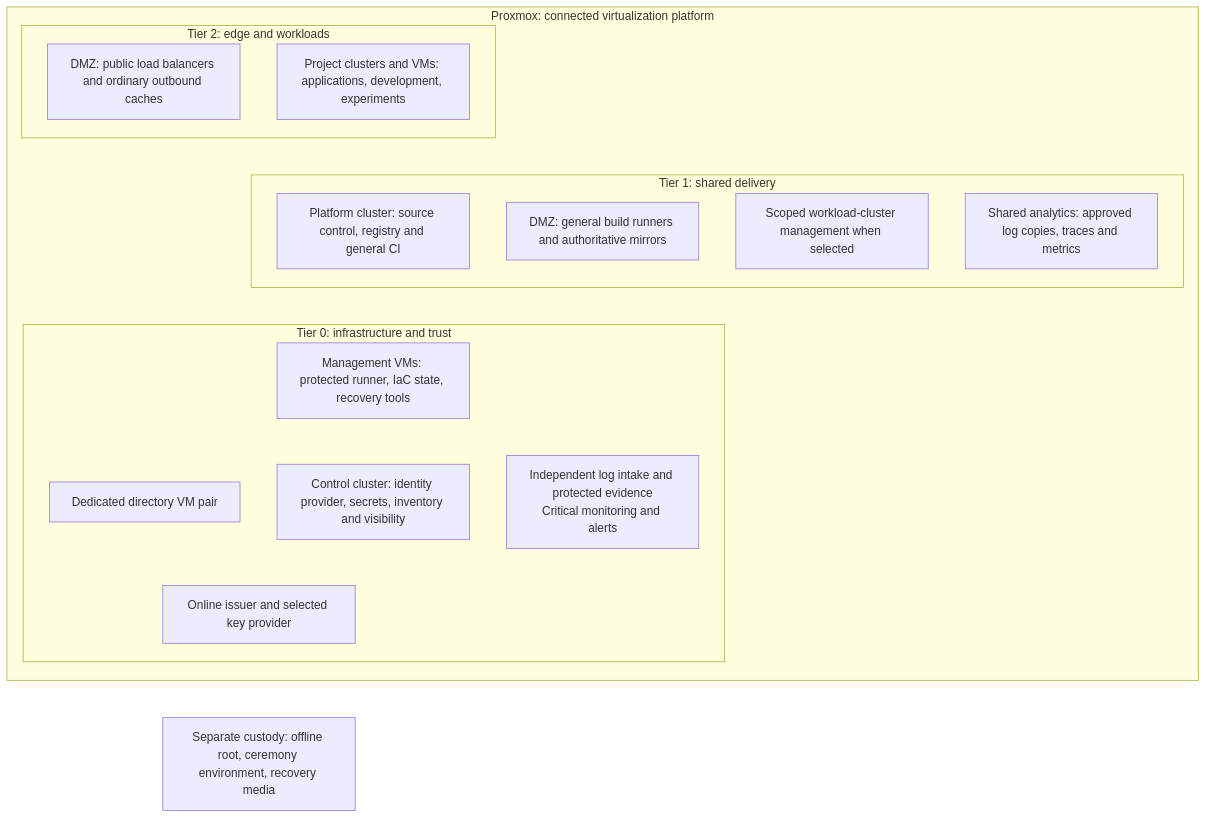
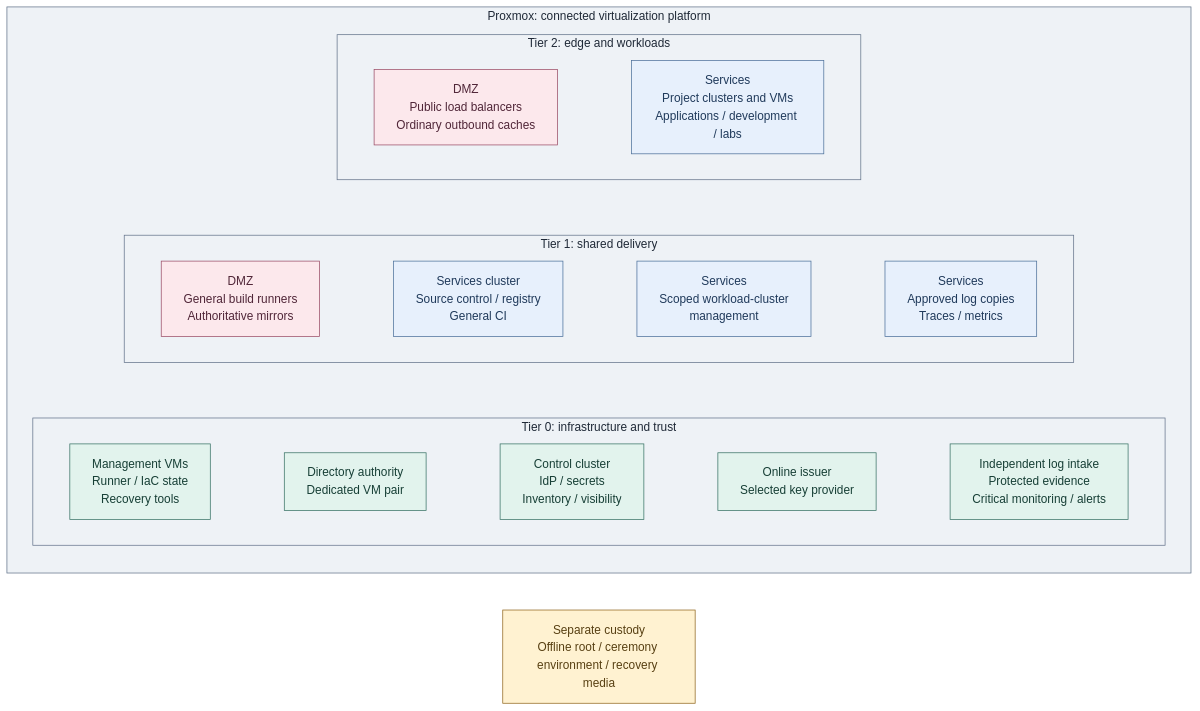
The first of 2 diagrams in docs/architecture/reference-platform.md (Rexus/homelab), drawn with Mermaid before and after one commit. The commit also changed other lines of this file and 49 other files, not shown here.

Commit message:
docs(diagrams): clarify tier layouts and visual styles

````diff
--- a/docs/architecture/reference-platform.md
+++ b/docs/architecture/reference-platform.md
@@ -36,30 +36,44 @@
 ```mermaid
+%%{init: {"theme":"base","themeVariables":{"lineColor":"#627581","edgeLabelBackground":"#f8fafc"}}}%%
 flowchart TB
   subgraph PVE["Proxmox: connected virtualization platform"]
+    direction TB
     subgraph T2["Tier 2: edge and workloads"]
-      Edge["DMZ: public load balancers and ordinary outbound caches"]
-      Workloads["Project clusters and VMs: applications, development, experiments"]
+      direction LR
+      Edge["DMZ<br/>Public load balancers<br/>Ordinary outbound caches"]
+      Workloads["Services<br/>Project clusters and VMs<br/>Applications / development / labs"]
+      Edge ~~~ Workloads
     end
     subgraph T1["Tier 1: shared delivery"]
-      Delivery["Platform cluster: source control, registry and general CI"]
-      Supply["DMZ: general build runners and authoritative mirrors"]
-      WorkloadManagement["Scoped workload-cluster management when selected"]
-      Analytics["Shared analytics: approved log copies, traces and metrics"]
+      direction LR
+      Supply["DMZ<br/>General build runners<br/>Authoritative mirrors"]
+      Delivery["Services cluster<br/>Source control / registry<br/>General CI"]
+      WorkloadManagement["Services<br/>Scoped workload-cluster<br/>management"]
+      Analytics["Services<br/>Approved log copies<br/>Traces / metrics"]
+      Supply ~~~ Delivery ~~~ WorkloadManagement ~~~ Analytics
     end
     subgraph T0["Tier 0: infrastructure and trust"]
-      M["Management VMs: protected runner, IaC state, recovery tools"]
-      I["Dedicated directory VM pair"]
-      K["Control cluster: identity provider, secrets, inventory and visibility"]
-      C["Online issuer and selected key provider"]
-      Evidence["Independent log intake and protected evidence<br/>Critical monitoring and alerts"]
-      M ~~~ I
-      M ~~~ K
-      I ~~~ C
-      K ~~~ C
-      M ~~~ Evidence
+      direction LR
+      M["Management VMs<br/>Runner / IaC state<br/>Recovery tools"]
+      I["Directory authority<br/>Dedicated VM pair"]
+      K["Control cluster<br/>IdP / secrets<br/>Inventory / visibility"]
+      C["Online issuer<br/>Selected key provider"]
+      Evidence["Independent log intake<br/>Protected evidence<br/>Critical monitoring / alerts"]
+      M ~~~ I ~~~ K ~~~ C ~~~ Evidence
     end
-    Workloads ~~~ Delivery ~~~ M
+    T2 ~~~ T1 ~~~ T0
   end
-  Offline["Separate custody: offline root, ceremony environment, recovery media"]
-  C ~~~ Offline
+  Offline["Separate custody<br/>Offline root / ceremony environment / recovery media"]
+  T0 ~~~ Offline
+  classDef default fill:#f8fafc,stroke:#64748b,color:#1f2937
+  classDef boundary fill:#eef2f6,stroke:#64748b,color:#1f2937
+  classDef edge fill:#fce8ec,stroke:#9b4d67,color:#502638
+  classDef services fill:#e7f0fc,stroke:#4d719b,color:#203a5b
+  classDef control fill:#e2f3ed,stroke:#397366,color:#173f36
+  classDef custody fill:#fff2d1,stroke:#926820,color:#584013
+  class PVE,T2,T1,T0 boundary
+  class Edge,Supply edge
+  class Delivery,WorkloadManagement,Analytics,Workloads services
+  class M,I,K,C,Evidence control
+  class Offline custody
 ```
````
